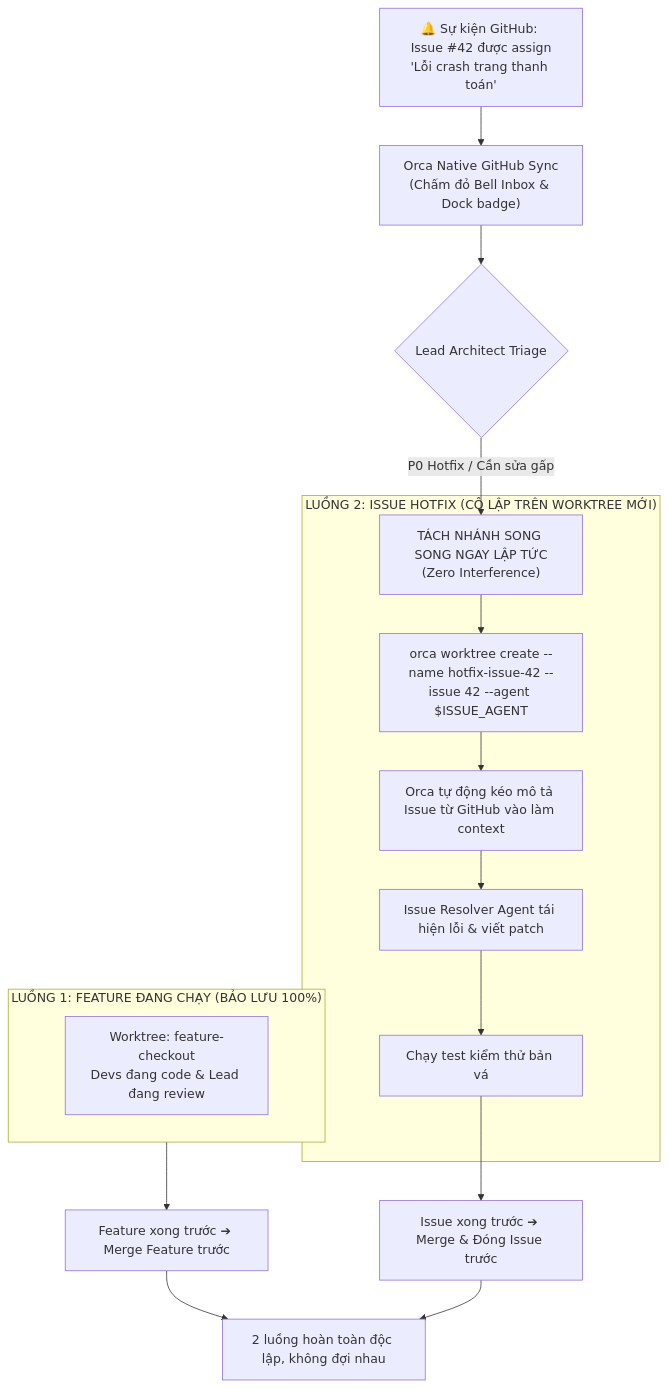
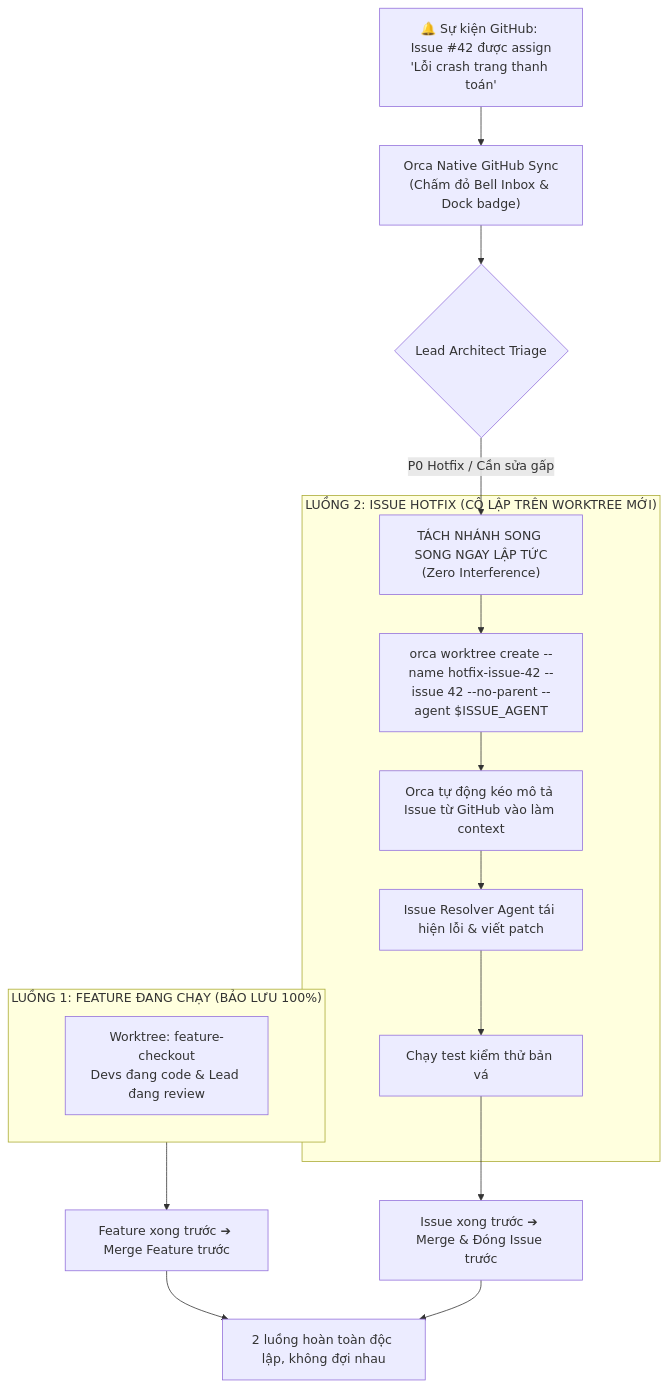
Before and after one commit to thapld/orca-multi-agent-orchestrator: the second of 6 diagrams in docs/workflows.md, drawn with Mermaid. The commit also changed other lines of this file and 7 other files, not shown here.

````diff
--- a/docs/workflows.md
+++ b/docs/workflows.md
@@ -59,25 +59,25 @@
 ```mermaid
 flowchart TD
     subgraph Track1 ["LUỒNG 1: FEATURE ĐANG CHẠY (BẢO LƯU 100%)"]
         FeatureWork["Worktree: feature-checkout\nDevs đang code & Lead đang review"]
     end
 
     Event["🔔 Sự kiện GitHub: Issue #42 được assign\n'Lỗi crash trang thanh toán'"] --> NativeDetect["Orca Native GitHub Sync\n(Chấm đỏ Bell Inbox & Dock badge)"]
     
     NativeDetect --> Triage{"Lead Architect Triage"}
 
     Triage -- "P0 Hotfix / Cần sửa gấp" --> Fork["TÁCH NHÁNH SONG SONG NGAY LẬP TỨC\n(Zero Interference)"]
     
     subgraph Track2 ["LUỒNG 2: ISSUE HOTFIX (CÔ LẬP TRÊN WORKTREE MỚI)"]
-        Fork --> CreateWorktree["orca worktree create --name hotfix-issue-42 --issue 42 --agent $ISSUE_AGENT"]
+        Fork --> CreateWorktree["orca worktree create --name hotfix-issue-42 --issue 42 --no-parent --agent $ISSUE_AGENT"]
         CreateWorktree --> AutoPull["Orca tự động kéo mô tả Issue từ GitHub vào làm context"]
         AutoPull --> IssueWorker["Issue Resolver Agent tái hiện lỗi & viết patch"]
         IssueWorker --> TestFix["Chạy test kiểm thử bản vá"]
     end
 
     Track1 --> Merge1["Feature xong trước ➔ Merge Feature trước"]
     TestFix --> Merge2["Issue xong trước ➔ Merge & Đóng Issue trước"]
     
     Merge1 --> Independent["2 luồng hoàn toàn độc lập, không đợi nhau"]
     Merge2 --> Independent
 ```
````
